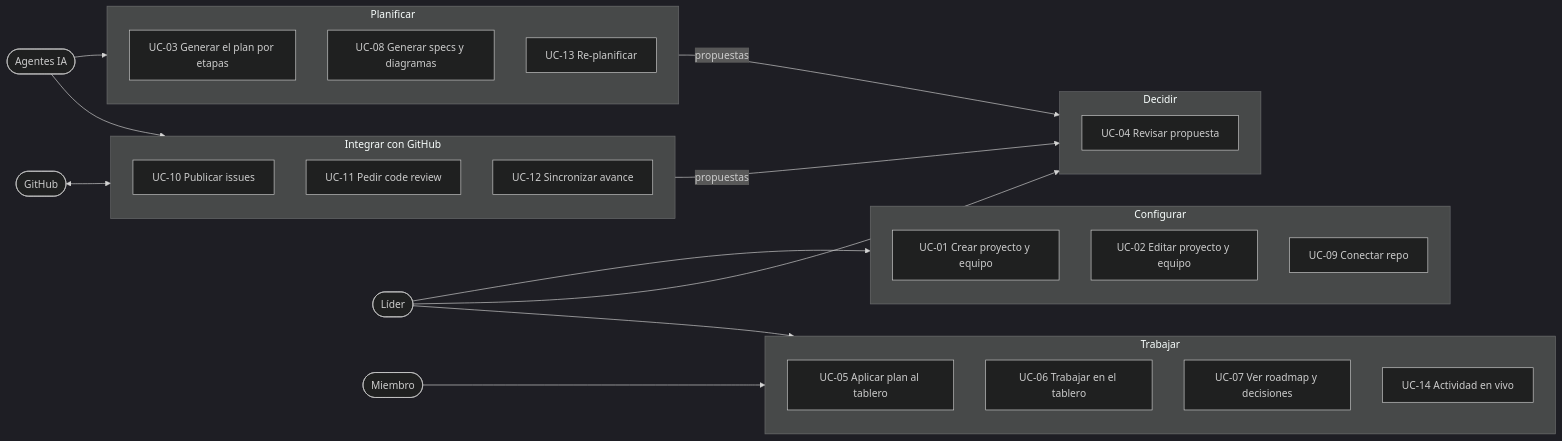
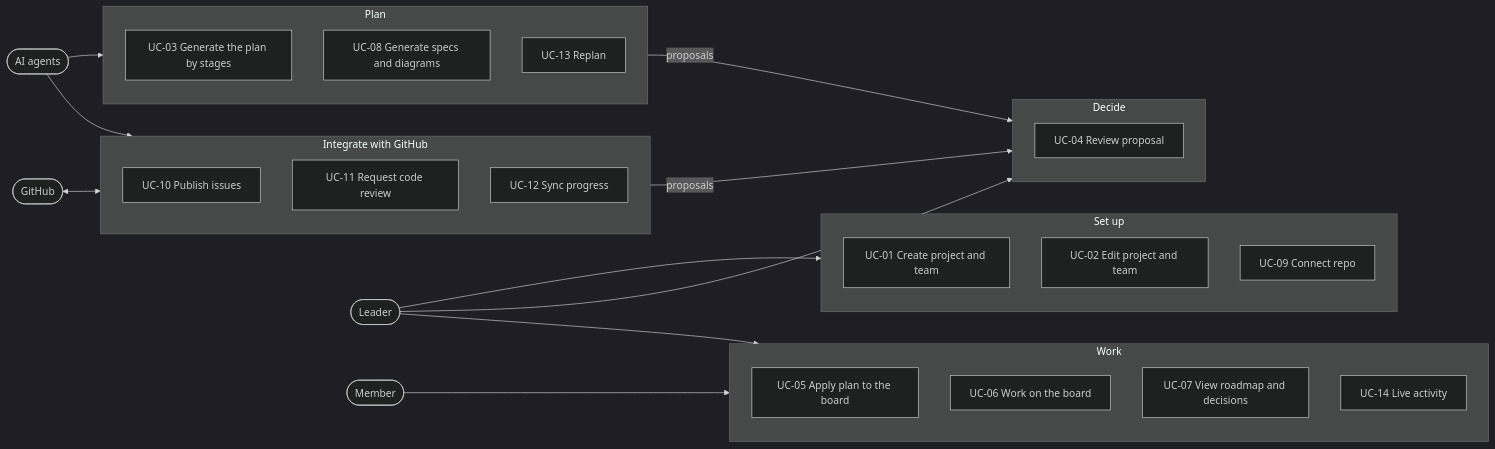
The first of 18 diagrams in plan/use-cases.md (Mitchz01/TransparencIA), drawn with Mermaid (dark theme) before and after one commit. The commit also changed other lines of this file and 68 other files, not shown here.

First line of the commit message:
Translate the repo to English and fold tasks into plan.md

````diff
--- a/plan/use-cases.md
+++ b/plan/use-cases.md
@@ -40,51 +40,51 @@
 ```mermaid
 flowchart LR
-    lider([Líder])
-    miembro([Miembro])
-    ia([Agentes IA])
+    leader([Leader])
+    member([Member])
+    ai([AI agents])
     gh([GitHub])
 
-    subgraph configurar [Configurar]
+    subgraph setup [Set up]
         direction TB
-        uc01[UC-01 Crear proyecto y equipo]
-        uc02[UC-02 Editar proyecto y equipo]
-        uc09[UC-09 Conectar repo]
+        uc01[UC-01 Create project and team]
+        uc02[UC-02 Edit project and team]
+        uc09[UC-09 Connect repo]
     end
 
-    subgraph planificar [Planificar]
+    subgraph plan [Plan]
         direction TB
-        uc03[UC-03 Generar el plan por etapas]
-        uc08[UC-08 Generar specs y diagramas]
-        uc13[UC-13 Re-planificar]
+        uc03[UC-03 Generate the plan by stages]
+        uc08[UC-08 Generate specs and diagrams]
+        uc13[UC-13 Replan]
     end
 
-    subgraph decidir [Decidir]
+    subgraph decide [Decide]
         direction TB
-        uc04[UC-04 Revisar propuesta]
+        uc04[UC-04 Review proposal]
     end
 
-    subgraph trabajar [Trabajar]
+    subgraph work [Work]
         direction TB
-        uc05[UC-05 Aplicar plan al tablero]
-        uc06[UC-06 Trabajar en el tablero]
-        uc07[UC-07 Ver roadmap y decisiones]
-        uc14[UC-14 Actividad en vivo]
+        uc05[UC-05 Apply plan to the board]
+        uc06[UC-06 Work on the board]
+        uc07[UC-07 View roadmap and decisions]
+        uc14[UC-14 Live activity]
     end
 
-    subgraph integrar [Integrar con GitHub]
+    subgraph integrate [Integrate with GitHub]
         direction TB
-        uc10[UC-10 Publicar issues]
-        uc11[UC-11 Pedir code review]
-        uc12[UC-12 Sincronizar avance]
+        uc10[UC-10 Publish issues]
+        uc11[UC-11 Request code review]
+        uc12[UC-12 Sync progress]
     end
 
-    lider --> configurar
-    lider --> decidir
-    lider --> trabajar
-    miembro --> trabajar
-    ia --> planificar
-    ia --> integrar
-    gh <--> integrar
-    planificar -- propuestas --> decidir
-    integrar -- propuestas --> decidir
+    leader --> setup
+    leader --> decide
+    leader --> work
+    member --> work
+    ai --> plan
+    ai --> integrate
+    gh <--> integrate
+    plan -- proposals --> decide
+    integrate -- proposals --> decide
 ```
````
